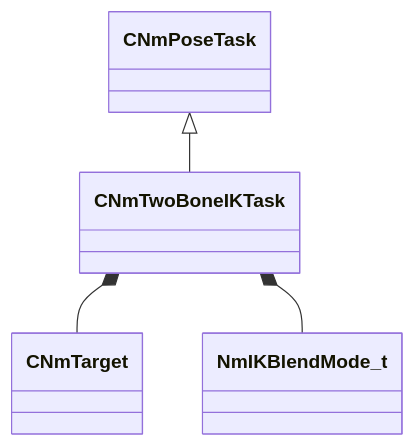
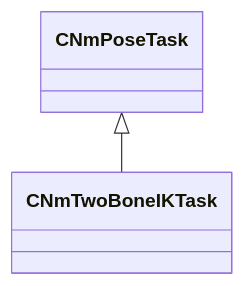
Before and after one commit to CS2OpenDev/CS2OpenDev-Docs: the diagram in docs/generated/schemas/animlib/CNmTwoBoneIKTask.md, drawn with Mermaid. The commit also changed other lines of this file and 4654 other files, not shown here.

Commit message:
docs: regenerate for SchemaTracker build 25947352 [skip ci]

````diff
--- a/docs/generated/schemas/animlib/CNmTwoBoneIKTask.md
+++ b/docs/generated/schemas/animlib/CNmTwoBoneIKTask.md
@@ -19,6 +19,4 @@
 ```mermaid
 classDiagram
     CNmPoseTask <|-- CNmTwoBoneIKTask
-    CNmTwoBoneIKTask *-- CNmTarget
-    CNmTwoBoneIKTask *-- NmIKBlendMode_t
 ```
````
